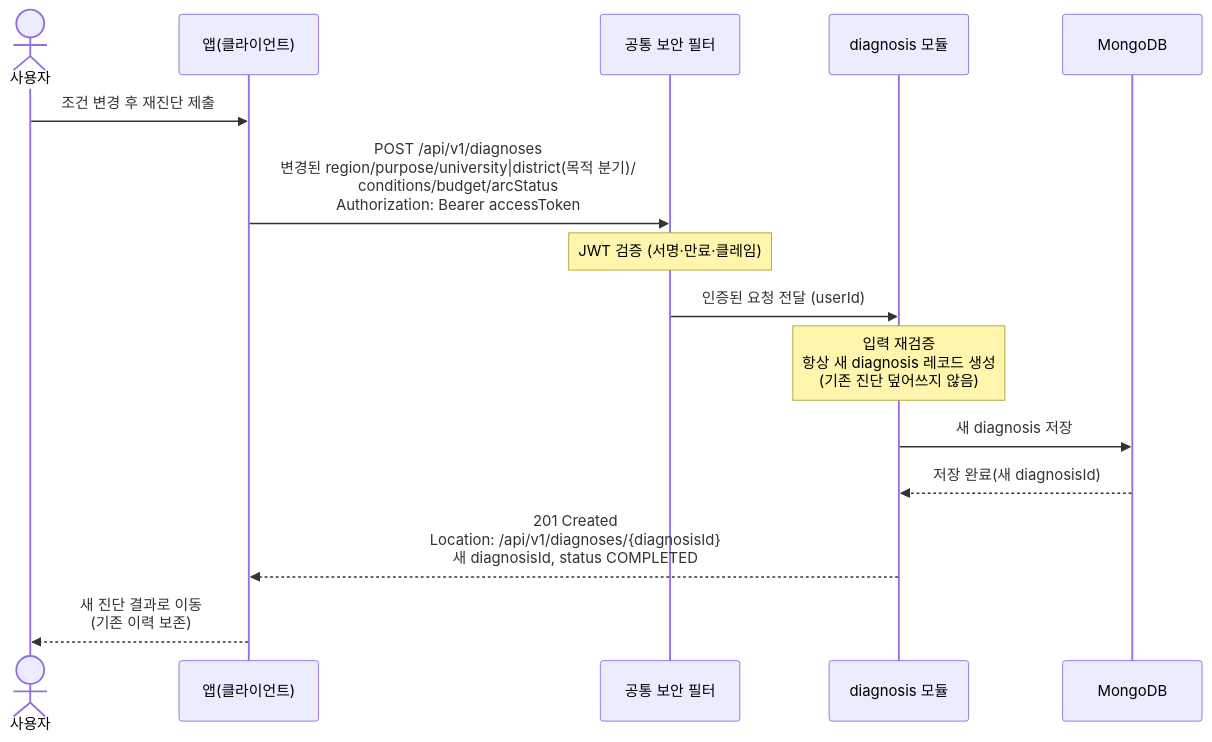
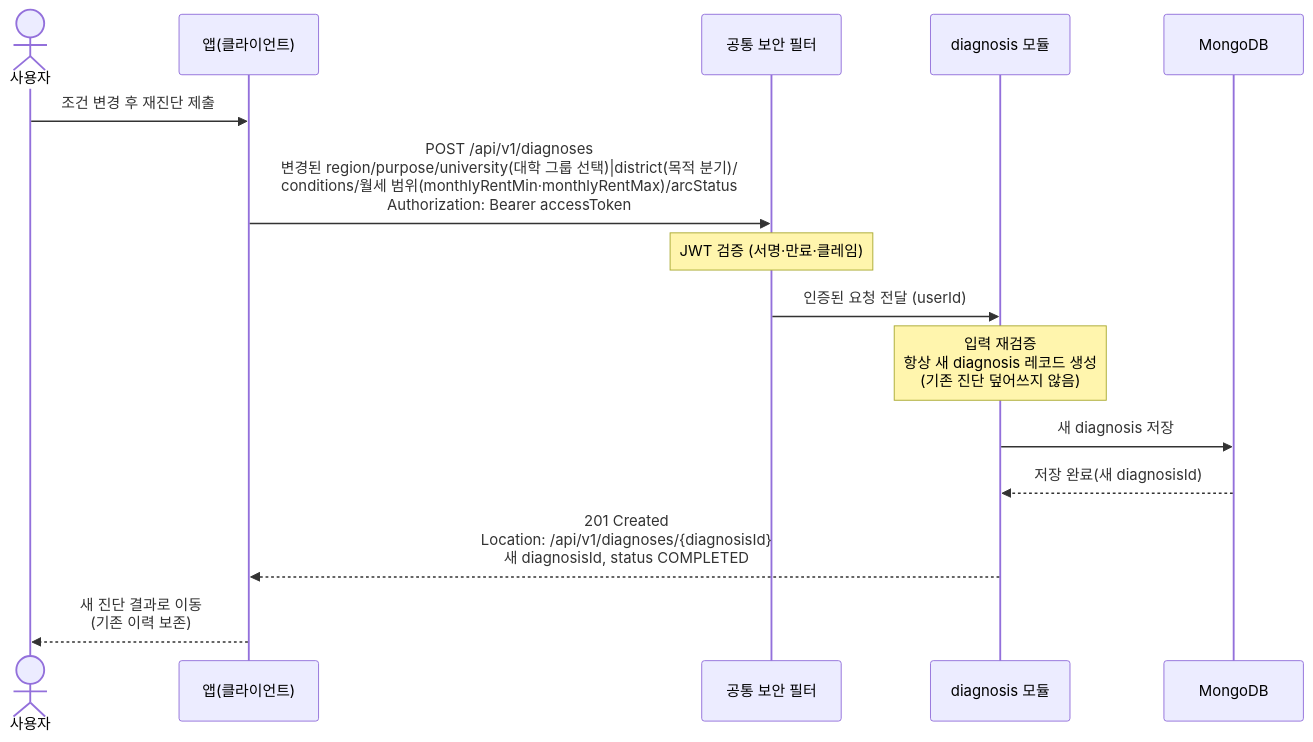
Before and after one commit to jameskim9509/Kohere-backend: the diagram in docs/architecture/sequence-diagrams/02-diagnosis-recommendation/us-2-4-rediagnosis.md, drawn with Mermaid. The commit also changed 10 other files, not shown here.

````diff
--- a/docs/architecture/sequence-diagrams/02-diagnosis-recommendation/us-2-4-rediagnosis.md
+++ b/docs/architecture/sequence-diagrams/02-diagnosis-recommendation/us-2-4-rediagnosis.md
@@ -5,18 +5,18 @@
 ```mermaid
 sequenceDiagram
     actor U as 사용자
     participant C as 앱(클라이언트)
     participant SEC as 공통 보안 필터
     participant DIAG as diagnosis 모듈
     participant DB as MongoDB
 
     U->>C: 조건 변경 후 재진단 제출
-    C->>SEC: POST /api/v1/diagnoses<br/>변경된 region/purpose/university|district(목적 분기)/<br/>conditions/budget/arcStatus<br/>Authorization: Bearer accessToken
+    C->>SEC: POST /api/v1/diagnoses<br/>변경된 region/purpose/university(대학 그룹 선택)|district(목적 분기)/<br/>conditions/월세 범위(monthlyRentMin·monthlyRentMax)/arcStatus<br/>Authorization: Bearer accessToken
     Note over SEC: JWT 검증 (서명·만료·클레임)
     SEC->>DIAG: 인증된 요청 전달 (userId)
     Note over DIAG: 입력 재검증<br/>항상 새 diagnosis 레코드 생성<br/>(기존 진단 덮어쓰지 않음)
     DIAG->>DB: 새 diagnosis 저장
     DB-->>DIAG: 저장 완료(새 diagnosisId)
     DIAG-->>C: 201 Created<br/>Location: /api/v1/diagnoses/{diagnosisId}<br/>새 diagnosisId, status COMPLETED
     C-->>U: 새 진단 결과로 이동<br/>(기존 이력 보존)
 ```
````
